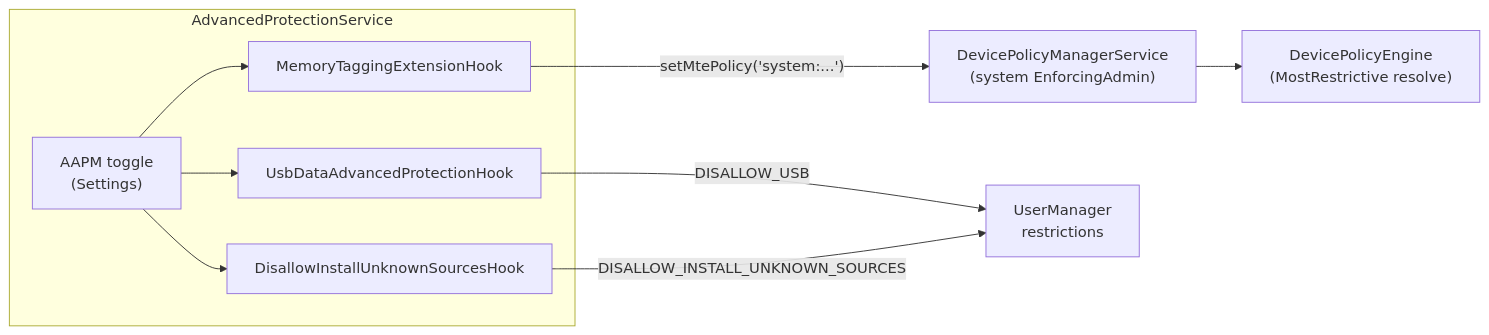
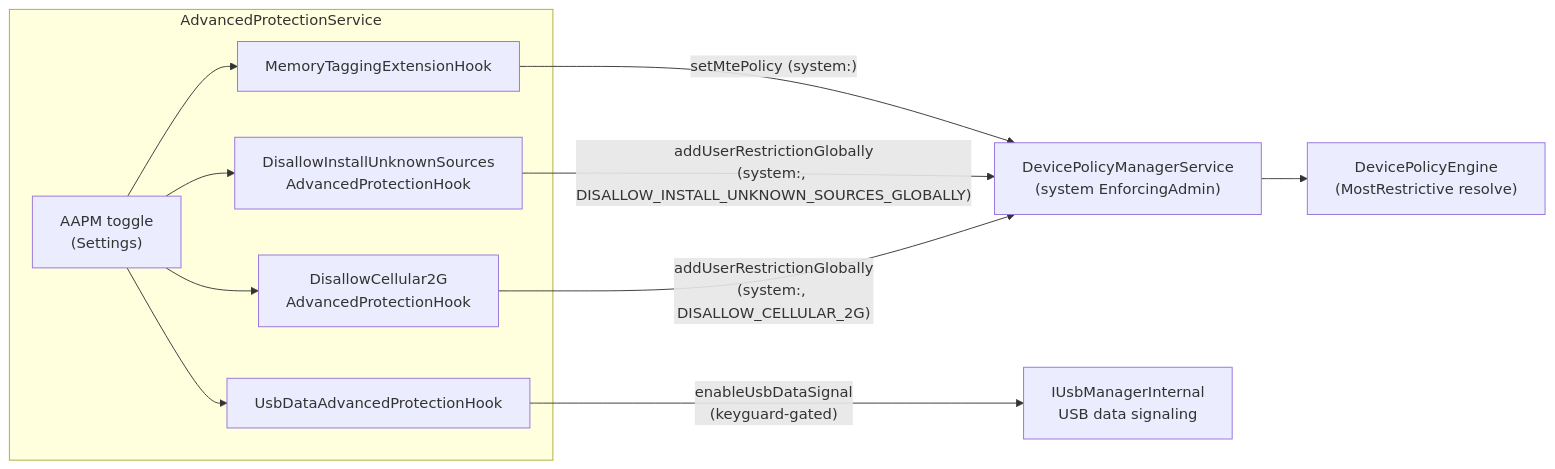
Diagram 30 of 30 in agents/claude/skills/aosp-device-support/61-device-policy.md (aospbooks/aosp-internal-book), drawn with Mermaid before and after one commit. The commit also changed other lines of this file and 137 other files, not shown here.

````diff
--- a/agents/claude/skills/aosp-device-support/61-device-policy.md
+++ b/agents/claude/skills/aosp-device-support/61-device-policy.md
@@ -3182,19 +3203,22 @@
 ```mermaid
 graph LR
     subgraph "AdvancedProtectionService"
         TOGGLE["AAPM toggle<br/>(Settings)"]
         MTE_HOOK["MemoryTaggingExtensionHook"]
+        UIS_HOOK["DisallowInstallUnknownSources<br/>AdvancedProtectionHook"]
+        G2_HOOK["DisallowCellular2G<br/>AdvancedProtectionHook"]
         USB_HOOK["UsbDataAdvancedProtectionHook"]
-        UIS_HOOK["DisallowInstallUnknownSourcesHook"]
     end
 
     TOGGLE --> MTE_HOOK
+    TOGGLE --> UIS_HOOK
+    TOGGLE --> G2_HOOK
     TOGGLE --> USB_HOOK
-    TOGGLE --> UIS_HOOK
 
-    MTE_HOOK -- "setMtePolicy('system:...')" --> DPMS["DevicePolicyManagerService<br/>(system EnforcingAdmin)"]
-    USB_HOOK -- "DISALLOW_USB" --> UM["UserManager<br/>restrictions"]
-    UIS_HOOK -- "DISALLOW_INSTALL_UNKNOWN_SOURCES" --> UM
+    MTE_HOOK -- "setMtePolicy (system:)" --> DPMS["DevicePolicyManagerService<br/>(system EnforcingAdmin)"]
+    UIS_HOOK -- "addUserRestrictionGlobally<br/>(system:, DISALLOW_INSTALL_UNKNOWN_SOURCES_GLOBALLY)" --> DPMS
+    G2_HOOK -- "addUserRestrictionGlobally<br/>(system:, DISALLOW_CELLULAR_2G)" --> DPMS
+    USB_HOOK -- "enableUsbDataSignal<br/>(keyguard-gated)" --> USB["IUsbManagerInternal<br/>USB data signaling"]
 
     DPMS --> ENGINE["DevicePolicyEngine<br/>(MostRestrictive resolve)"]
 ```
````
